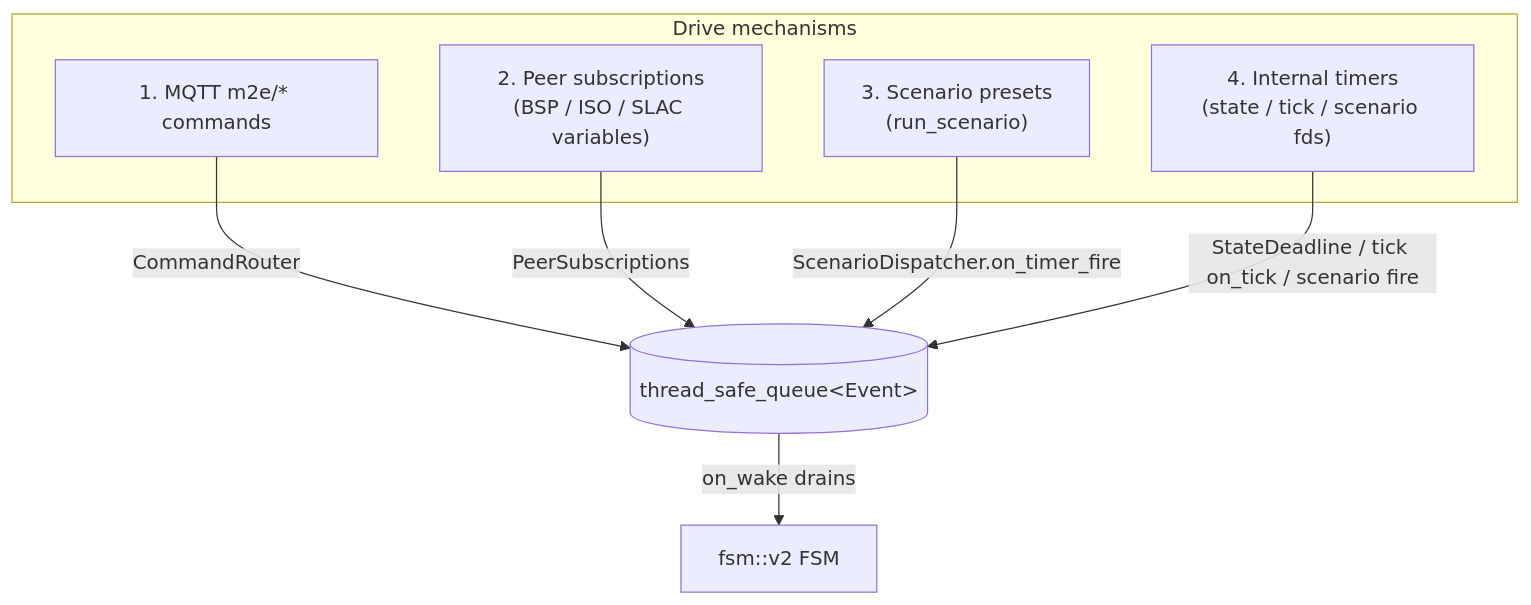
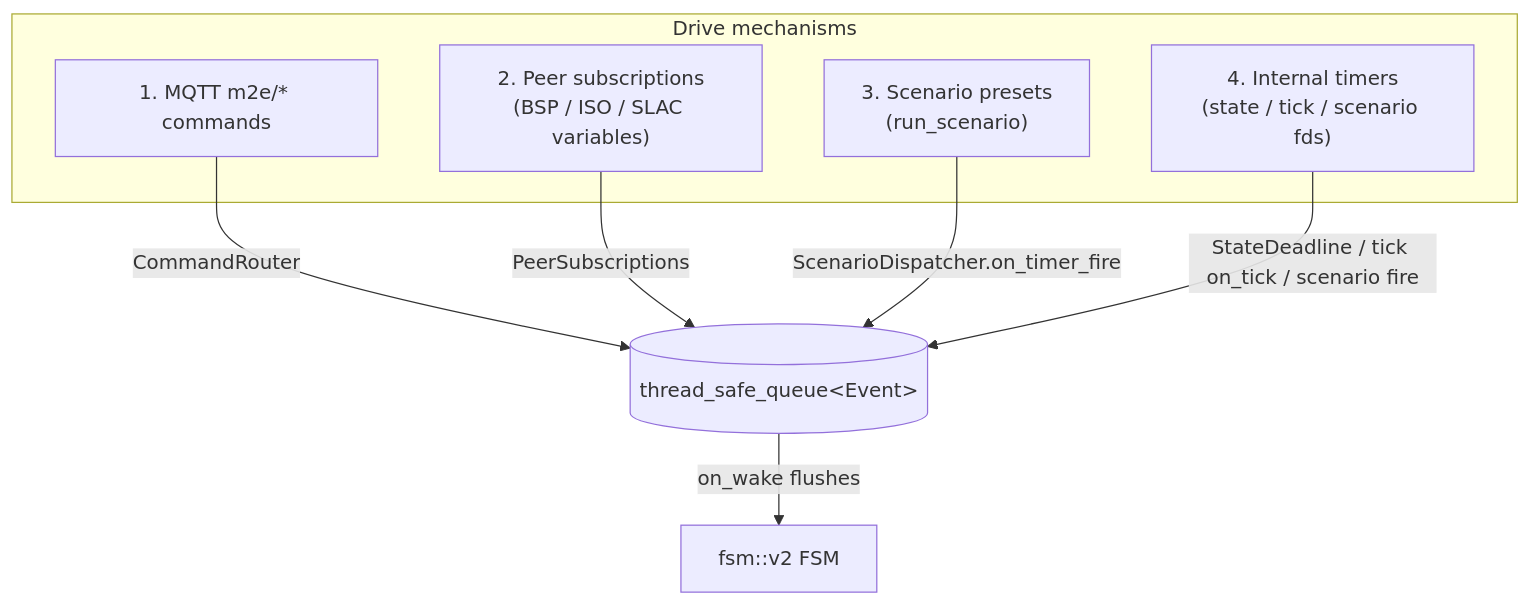
One commit to EVerest/EVerest changed the diagram in modules/EV/EvSimulator/docs/images/drive_mechanisms.mmd. Above: the diagram before and after it, drawn with Mermaid. The commit also changed 88 other files, not shown here.

```diff
--- a/modules/EV/EvSimulator/docs/images/drive_mechanisms.mmd
+++ b/modules/EV/EvSimulator/docs/images/drive_mechanisms.mmd
@@ -1,16 +1,16 @@
 flowchart TB
     subgraph drivers["Drive mechanisms"]
         A["1. MQTT m2e/* commands"]
         B["2. Peer subscriptions<br/>(BSP / ISO / SLAC variables)"]
         C["3. Scenario presets<br/>(run_scenario)"]
         D["4. Internal timers<br/>(state / tick / scenario fds)"]
     end
 
     Q[("thread_safe_queue&lt;Event&gt;")]
     FSM[fsm::v2 FSM]
 
     A -->|CommandRouter| Q
     B -->|PeerSubscriptions| Q
     C -->|ScenarioDispatcher.on_timer_fire| Q
     D -->|StateDeadline / tick on_tick / scenario fire| Q
-    Q -->|on_wake drains| FSM
+    Q -->|on_wake flushes| FSM
```
